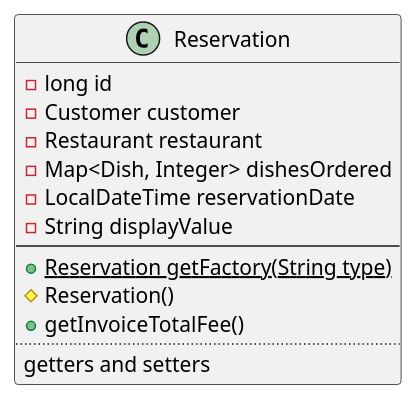
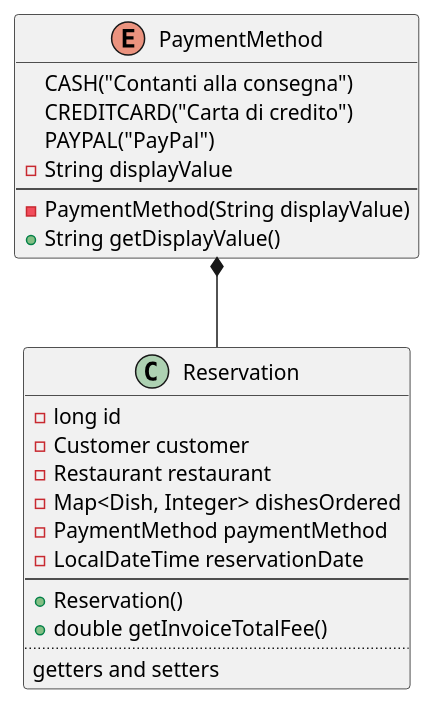
The diagram in src/main/java/unipa/fooddelivery/diagrams/class/reservation.wsd (TommasoScalici/FoodDelivery), drawn with PlantUML before and after one commit. The commit also changed 11 other files, not shown here.

Commit message:
Class diagrams fixed and completed

```diff
--- a/src/main/java/unipa/fooddelivery/diagrams/class/reservation.wsd
+++ b/src/main/java/unipa/fooddelivery/diagrams/class/reservation.wsd
@@ -1,17 +1,28 @@
-@startuml Reservation
-left to right direction
+@startuml reservation
 class Reservation {
   -long id
   -Customer customer
   -Restaurant restaurant
   -Map<Dish, Integer> dishesOrdered
+  -PaymentMethod paymentMethod
   -LocalDateTime reservationDate
-  -String displayValue
   --
-  +Reservation {static} getFactory(String type)
-  #Reservation()
-  +getInvoiceTotalFee()
+  +Reservation()
+  +double getInvoiceTotalFee()
   ..
   getters and setters
 }
+
+enum PaymentMethod {
+    CASH("Contanti alla consegna")
+    CREDITCARD("Carta di credito")
+    PAYPAL("PayPal")
+    -String displayValue
+    --
+    -PaymentMethod(String displayValue)
+    +String getDisplayValue()
+}
+
+PaymentMethod *-- Reservation
+
 @enduml
```
